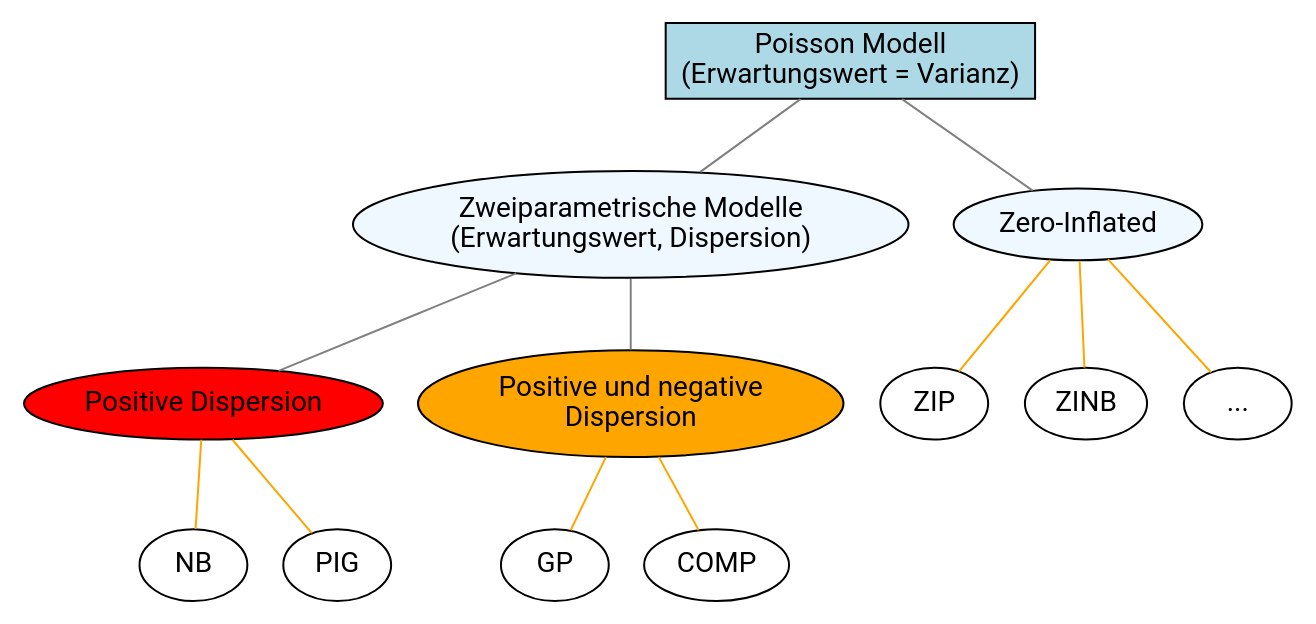
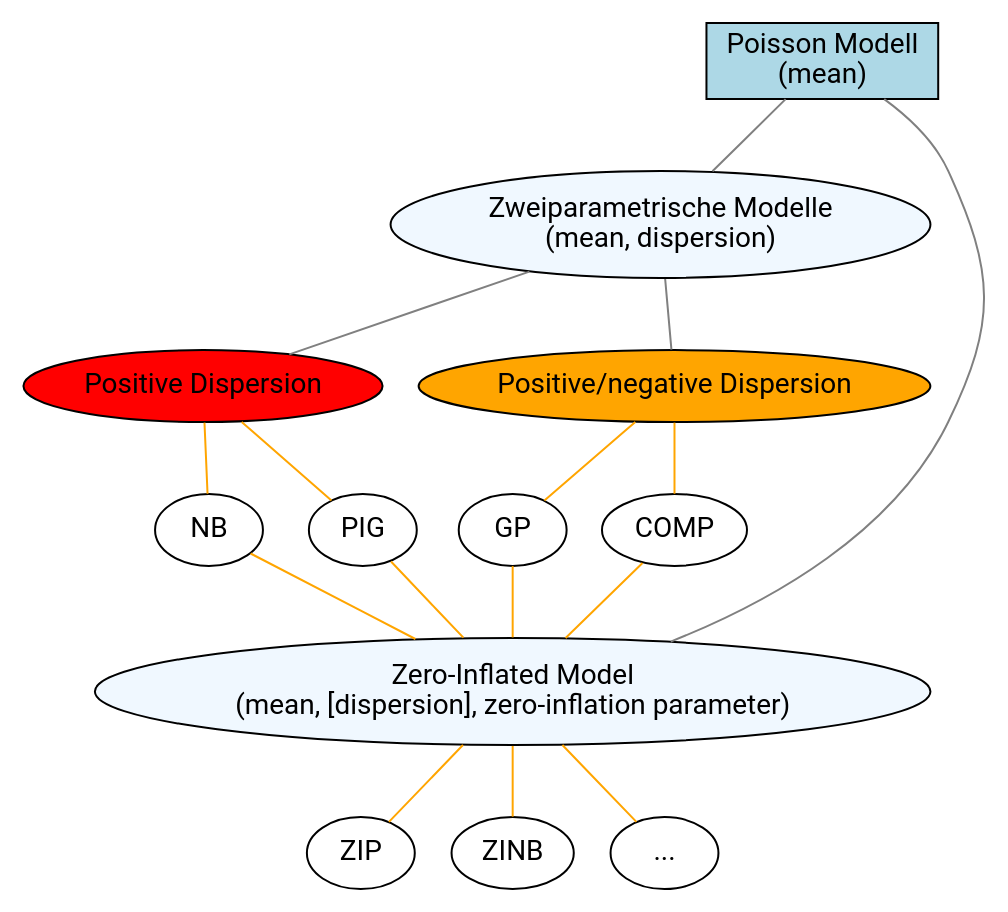
The diagram in graphs/model-graph.dot (jemus42/poisson-regression), drawn with Graphviz before and after one commit. The commit also changed 8 other files, not shown here.

```diff
--- a/graphs/model-graph.dot
+++ b/graphs/model-graph.dot
@@ -1,40 +1,45 @@
 graph models {
 
 graph [layout = dot, overlap = scale, ratio = compress]
 
 ################################
 #### Global node attributes ####
 ################################
 node [shape = oval, style = filled, fontname = "Roboto"]
 edge [fontname = "Roboto"]
 
 node [fillcolor = aliceblue]
-pois [label = "Poisson Modell\n(Erwartungswert = Varianz)",
+pois [label = "Poisson Modell\n(mean)",
       shape = rectangle,
       fillcolor = "lightblue"]
 
-twoparam [label = "Zweiparametrische Modelle\n(Erwartungswert, Dispersion)"]
-zi [label = "Zero-Inflated"]
+twoparam [label = "Zweiparametrische Modelle\n(mean, dispersion)"]
+zi [label = "Zero-Inflated Model\n(mean, [dispersion], zero-inflation parameter)"]
 
 node []
 disp_pos [label = "Positive Dispersion", fillcolor = "red"]
-disp_flexible [label = "Positive und negative\nDispersion", fillcolor = "orange"]
+disp_flexible [label = "Positive/negative Dispersion", fillcolor = "orange"]
 
 edge [color = grey]
-pois -- {twoparam zi}
+pois -- twoparam
+pois -- zi
 twoparam -- {disp_pos disp_flexible}
 
 node [fillcolor = white]
 nb [label = "NB"]
 pig [label = "PIG"]
+gpois [label = "GP"]
+cmp [label = "COMP"]
+
 zip [label = "ZIP"]
 zinb [label = "ZINB"]
 zmisc [label = "..."]
-gpois [label = "GP"]
-cmp [label = "COMP"]
 
 edge [color = orange]
 disp_flexible -- {gpois cmp}
 disp_pos -- {nb pig}
+
+nb, pig, gpois, cmp -- zi
+
 zi -- {zip zinb zmisc}
 }
```
